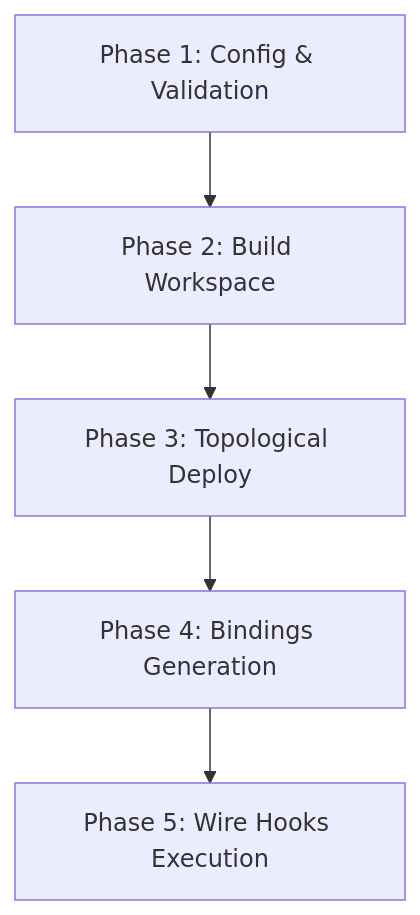
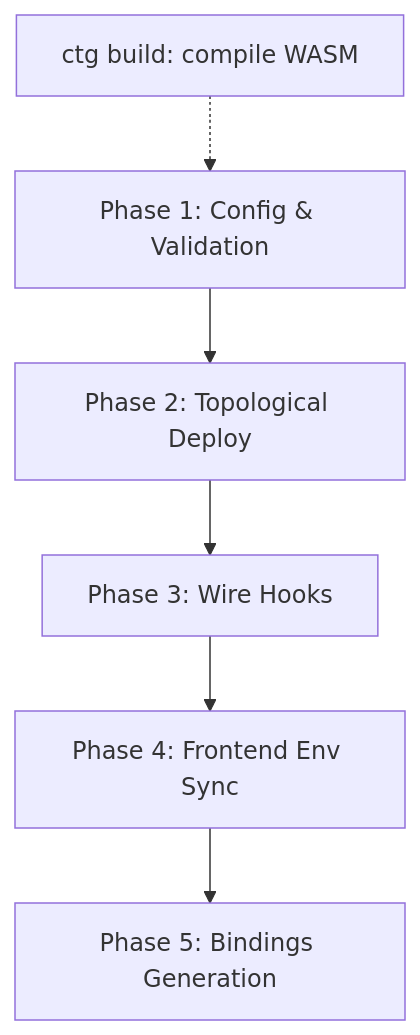
One commit to Dione-b/caatinga changed the diagram in docs/lifecycle-hooks-spec.md. Above: the diagram before and after it, drawn with Mermaid. The commit also changed other lines of this file and 13 other files, not shown here.

Commit message:
docs: fix copy-paste breakers in network, automation, hooks, deploy and runtime docs (#276)

````diff
--- a/docs/lifecycle-hooks-spec.md
+++ b/docs/lifecycle-hooks-spec.md
@@ -11,7 +14,8 @@
 ```mermaid
 graph TD
-  Phase1[Phase 1: Config & Validation] --> Phase2[Phase 2: Build Workspace]
-  Phase2 --> Phase3[Phase 3: Topological Deploy]
-  Phase3 --> Phase4[Phase 4: Bindings Generation]
-  Phase4 --> Phase5[Phase 5: Wire Hooks Execution]
+  Build[ctg build: compile WASM] -.-> Phase1
+  Phase1[Phase 1: Config & Validation] --> Phase2[Phase 2: Topological Deploy]
+  Phase2 --> Phase3[Phase 3: Wire Hooks]
+  Phase3 --> Phase4[Phase 4: Frontend Env Sync]
+  Phase4 --> Phase5[Phase 5: Bindings Generation]
 ```
````
